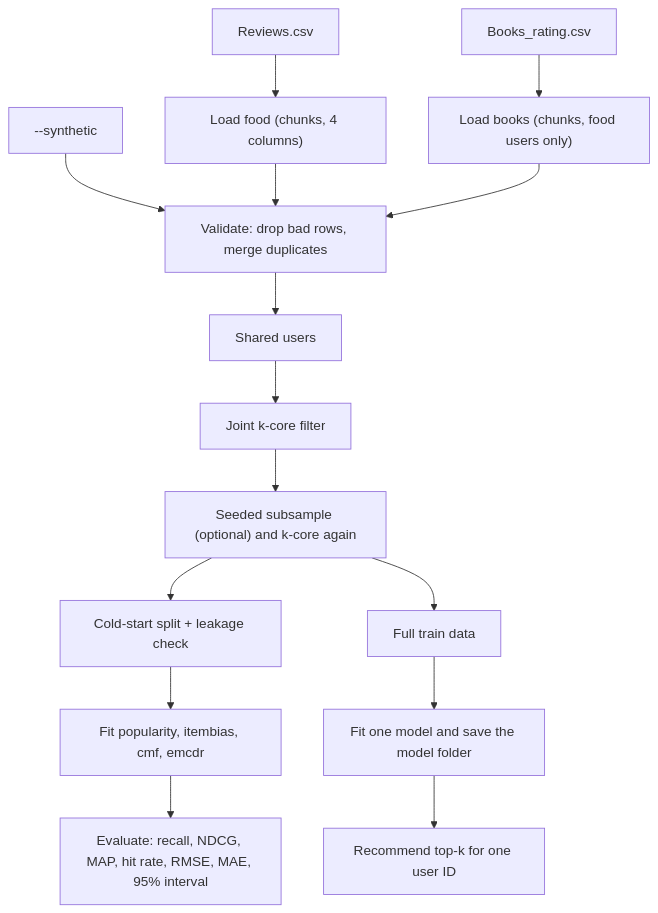
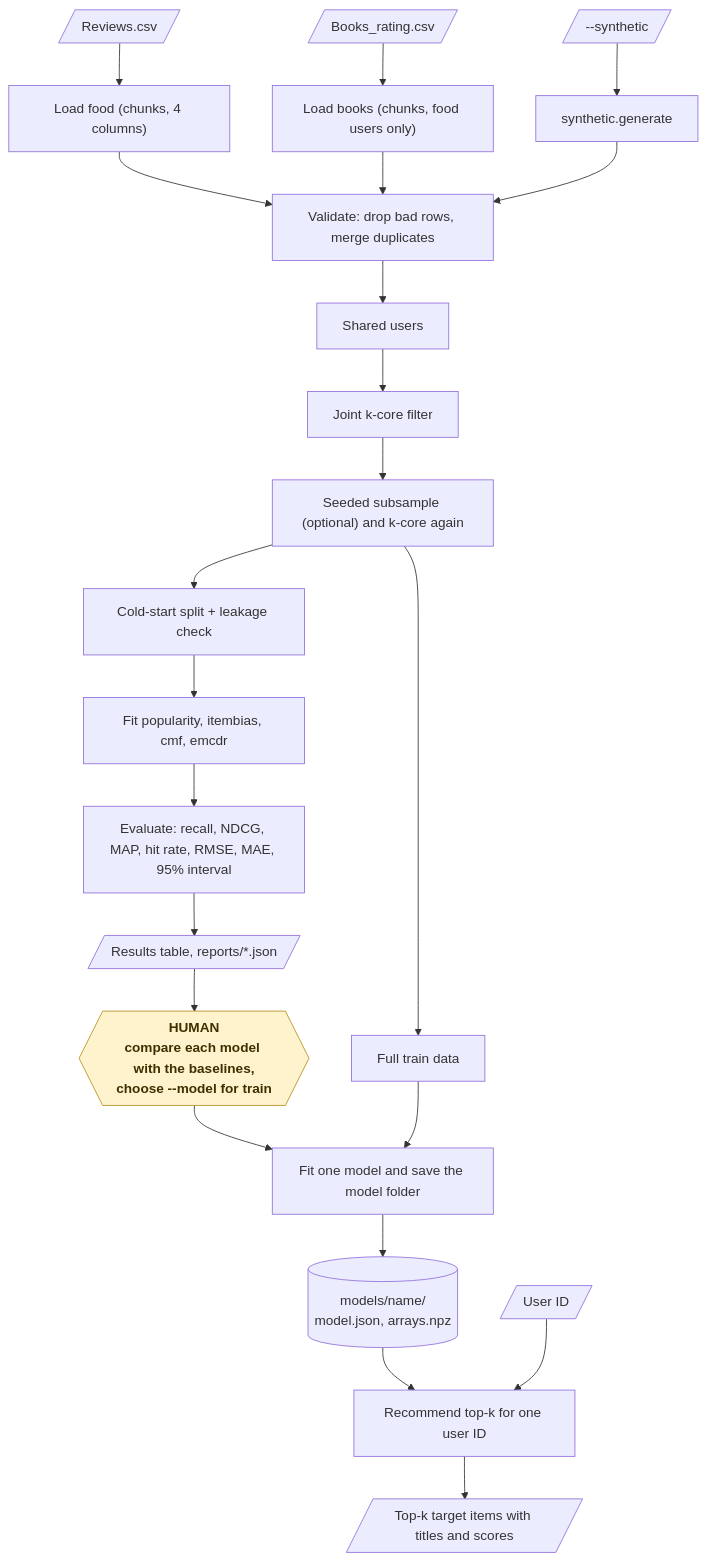
Before and after one commit to KrishnaAnnavaram/crossrec: the fifth of 16 diagrams in README.md, drawn with Mermaid. The commit also changed other lines of this file, not shown here.

Commit message:
Add the workflow diagrams to the README

````diff
--- a/README.md
+++ b/README.md
@@ -208,17 +273,27 @@
 ```mermaid
-flowchart TB
-    F["Reviews.csv"] --> LF["Load food (chunks, 4 columns)"]
-    B["Books_rating.csv"] --> LB["Load books (chunks, food users only)"]
-    SY["--synthetic"] --> V
+flowchart TD
+    F[/"Reviews.csv"/] --> LF["Load food (chunks, 4 columns)"]
+    B[/"Books_rating.csv"/] --> LB["Load books (chunks, food users only)"]
+    SY[/"--synthetic"/] --> GEN["synthetic.generate"]
     LF --> V["Validate: drop bad rows, merge duplicates"]
     LB --> V
+    GEN --> V
     V --> O["Shared users"]
     O --> K["Joint k-core filter"]
     K --> SS["Seeded subsample (optional) and k-core again"]
     SS --> SP["Cold-start split + leakage check"]
     SS --> FT["Full train data"]
     SP --> FIT["Fit popularity, itembias, cmf, emcdr"]
     FIT --> EV["Evaluate: recall, NDCG, MAP, hit rate, RMSE, MAE, 95% interval"]
+    EV --> REP[/"Results table, reports/*.json"/]
+    REP --> HC{{"HUMAN<br/>compare each model with the baselines,<br/>choose --model for train"}}
+    HC --> TR
     FT --> TR["Fit one model and save the model folder"]
-    TR --> RE["Recommend top-k for one user ID"]
+    TR --> MD[("models/name/<br/>model.json, arrays.npz")]
+    MD --> RE["Recommend top-k for one user ID"]
+    UID[/"User ID"/] --> RE
+    RE --> OUT[/"Top-k target items with titles and scores"/]
+
+    classDef human fill:#fff3cd,stroke:#b8901f,color:#3d2f00,font-weight:bold
+    class HC human
 ```
````
